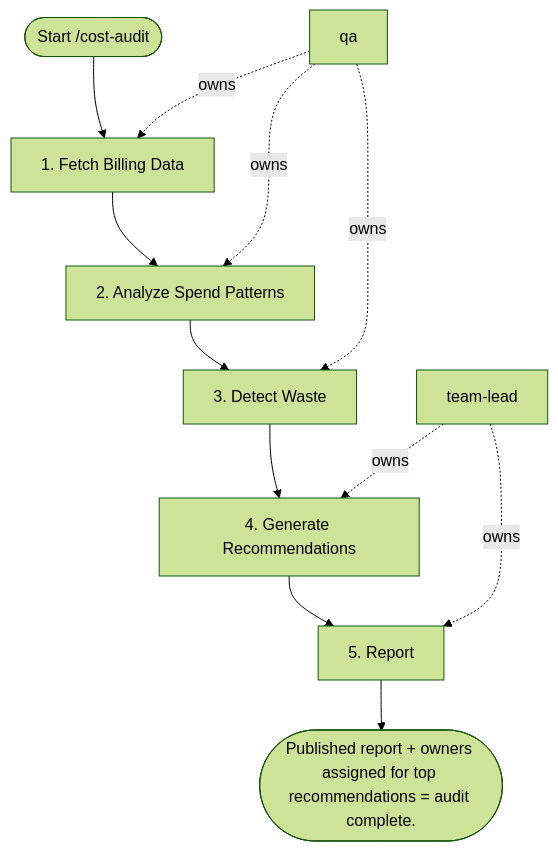
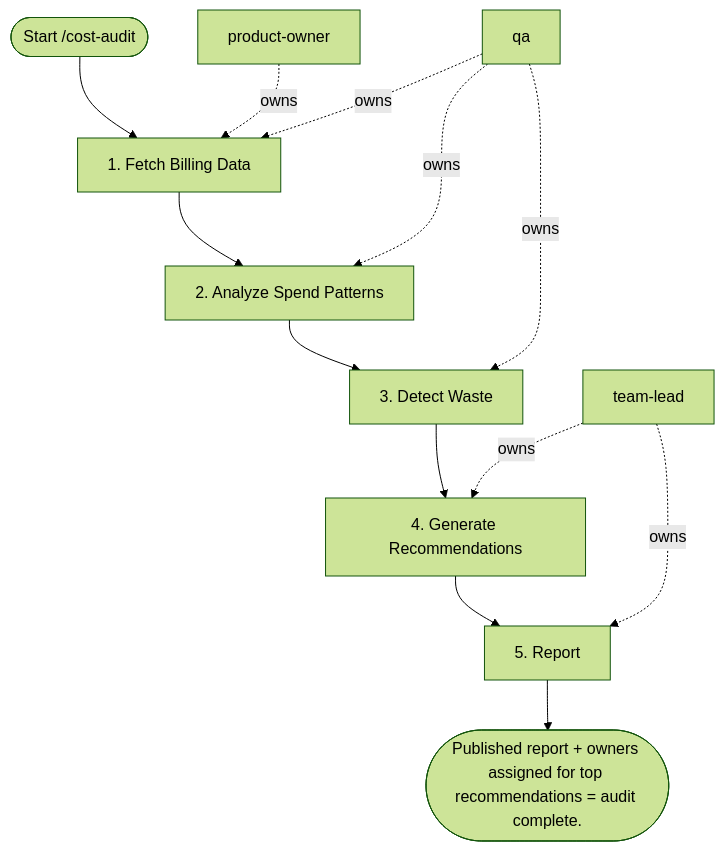
Before and after one commit to sawrus/agent-guides: the diagram in areas/software/platform/workflows/cost-audit.md, drawn with Mermaid (forest theme). The commit also changed other lines of this file and 76 other files, not shown here.

Commit message:
Standardize workflow product owner initiation

````diff
--- a/areas/software/platform/workflows/cost-audit.md
+++ b/areas/software/platform/workflows/cost-audit.md
@@ -63,23 +63,25 @@
 ```mermaid
 flowchart TD
   start(["Start /cost-audit"])
-  role_1["qa"]
-  role_2["team-lead"]
+  role_1["product-owner"]
+  role_2["qa"]
+  role_3["team-lead"]
   step_1["1. Fetch Billing Data"]
   step_2["2. Analyze Spend Patterns"]
   step_3["3. Detect Waste"]
   step_4["4. Generate Recommendations"]
   step_5["5. Report"]
   exit(["Published report + owners assigned for top recommendations = audit complete."])
   start --> step_1
   step_1 --> step_2
   step_2 --> step_3
   step_3 --> step_4
   step_4 --> step_5
   step_5 --> exit
   role_1 -. owns .-> step_1
-  role_1 -. owns .-> step_2
-  role_1 -. owns .-> step_3
-  role_2 -. owns .-> step_4
-  role_2 -. owns .-> step_5
+  role_2 -. owns .-> step_1
+  role_2 -. owns .-> step_2
+  role_2 -. owns .-> step_3
+  role_3 -. owns .-> step_4
+  role_3 -. owns .-> step_5
 ```
````
